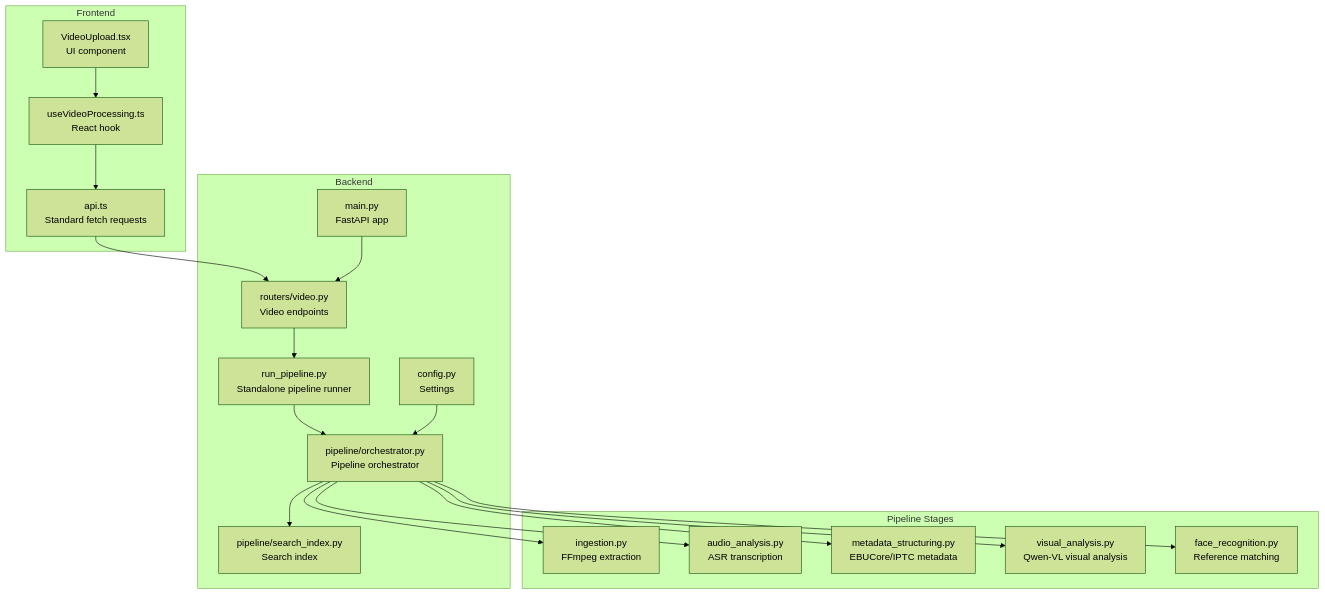
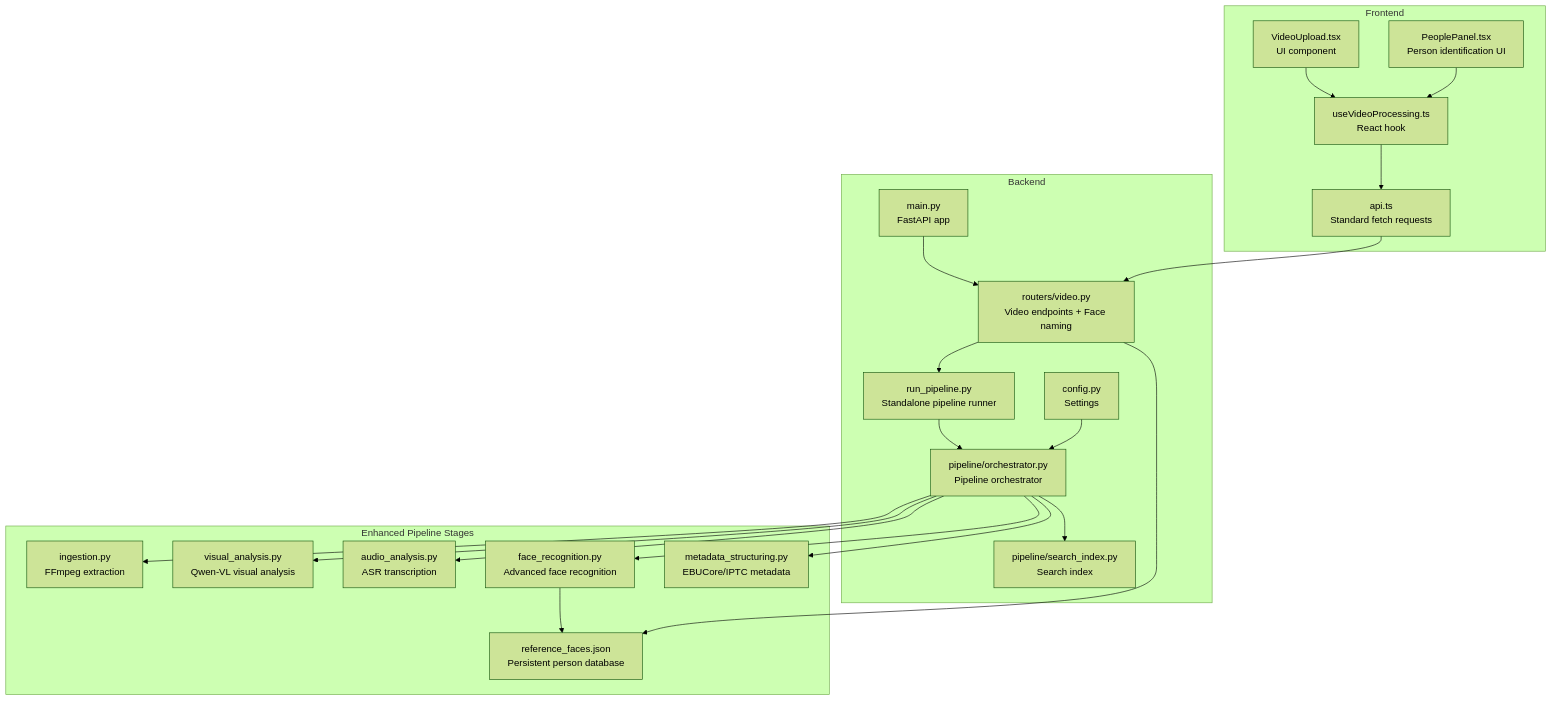
The first of 3 diagrams in .qoder/repowiki/en/content/Backend API Reference/Video Processing Endpoints.md (alexandreybasta-cyber/dubai-media-ai), drawn with Mermaid (forest theme) before and after one commit. The commit also changed other lines of this file and 49 other files, not shown here.

````diff
--- a/.qoder/repowiki/en/content/Backend API Reference/Video Processing Endpoints.md
+++ b/.qoder/repowiki/en/content/Backend API Reference/Video Processing Endpoints.md
@@ -63,36 +67,41 @@
 ```mermaid
 graph TB
 subgraph "Frontend"
 FE_API["api.ts<br/>Standard fetch requests"]
 FE_HOOK["useVideoProcessing.ts<br/>React hook"]
 FE_UPLOAD["VideoUpload.tsx<br/>UI component"]
+FE_PEOPLE["PeoplePanel.tsx<br/>Person identification UI"]
 end
 subgraph "Backend"
 MAIN["main.py<br/>FastAPI app"]
-ROUTER["routers/video.py<br/>Video endpoints"]
+ROUTER["routers/video.py<br/>Video endpoints + Face naming"]
 RUNNER["run_pipeline.py<br/>Standalone pipeline runner"]
 ORCH["pipeline/orchestrator.py<br/>Pipeline orchestrator"]
 CFG["config.py<br/>Settings"]
 SI["pipeline/search_index.py<br/>Search index"]
 end
-subgraph "Pipeline Stages"
+subgraph "Enhanced Pipeline Stages"
 ING["ingestion.py<br/>FFmpeg extraction"]
 AUD["audio_analysis.py<br/>ASR transcription"]
 META["metadata_structuring.py<br/>EBUCore/IPTC metadata"]
 VIS["visual_analysis.py<br/>Qwen-VL visual analysis"]
-FACE["face_recognition.py<br/>Reference matching"]
+FACE["face_recognition.py<br/>Advanced face recognition"]
+REFDB["reference_faces.json<br/>Persistent person database"]
 end
 FE_API --> ROUTER
 FE_HOOK --> FE_API
 FE_UPLOAD --> FE_HOOK
+FE_PEOPLE --> FE_HOOK
 MAIN --> ROUTER
 ROUTER --> RUNNER
+ROUTER --> REFDB
 RUNNER --> ORCH
 ORCH --> ING
 ORCH --> VIS
 ORCH --> AUD
 ORCH --> FACE
 ORCH --> META
 ORCH --> SI
 CFG --> ORCH
+FACE --> REFDB
 ```
````
